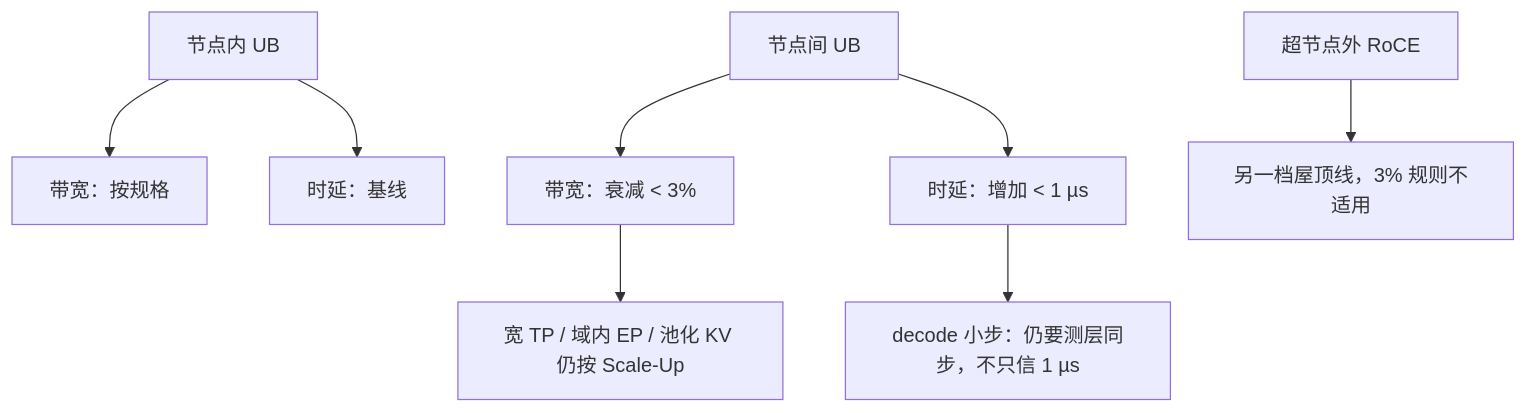
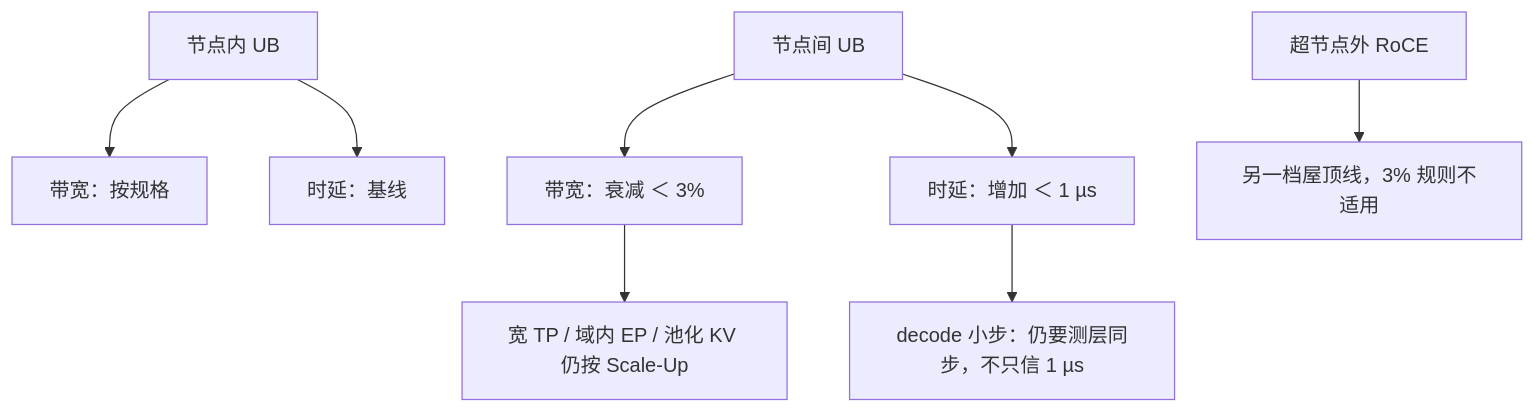
One commit to xhongduo-tech/xhongduo-tech.github.io changed the diagram in docs/llm/ub-near-local-perf.md. Above: the diagram before and after it, drawn with Mermaid. The commit also changed 772 other files, not shown here.

````diff
--- a/docs/llm/ub-near-local-perf.md
+++ b/docs/llm/ub-near-local-perf.md
@@ -36,10 +36,10 @@
 ```mermaid
 flowchart TD
   INTRA["节点内 UB"] --> B["带宽：按规格"]
   INTRA --> L["时延：基线"]
-  INTER["节点间 UB"] --> B2["带宽：衰减 < 3%"]
-  INTER --> L2["时延：增加 < 1 µs"]
+  INTER["节点间 UB"] --> B2["带宽：衰减 ＜ 3%"]
+  INTER --> L2["时延：增加 ＜ 1 µs"]
   B2 --> OK["宽 TP / 域内 EP / 池化 KV 仍按 Scale-Up"]
   L2 --> CAVEAT["decode 小步：仍要测层同步，不只信 1 µs"]
   OUT["超节点外 RoCE"] --> OTHER["另一档屋顶线，3% 规则不适用"]
 ```
````
